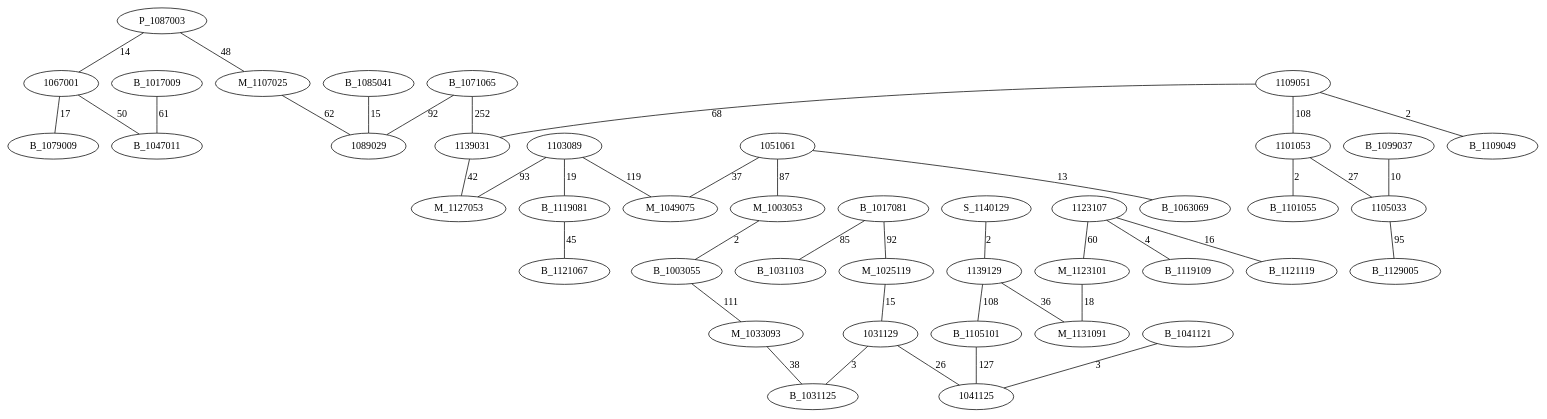
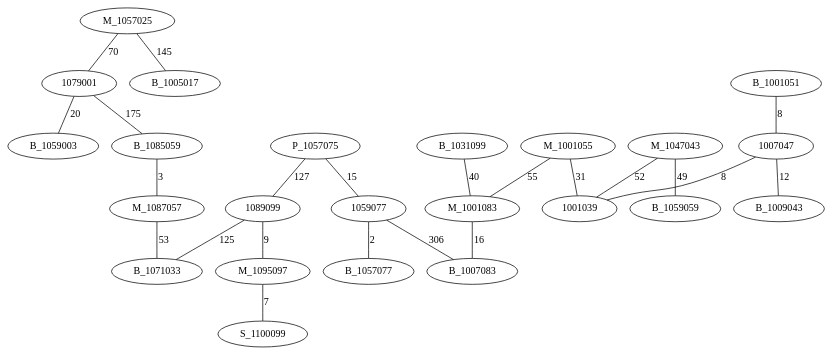
One commit to AsmNoob/Labyrinthe changed the diagram in Graph.dot. Above: the diagram before and after it, drawn with Graphviz. The commit also changed 3 other files, not shown here.

```diff
--- a/Graph.dot
+++ b/Graph.dot
@@ -1,45 +1,26 @@
 graph chemin {
 
-	P_1087003 -- 1067001 [label=14]
-	P_1087003 -- M_1107025 [label=48]
-	1103089 -- B_1119081 [label=19]
-	1103089 -- M_1127053 [label=93]
-	1103089 -- M_1049075 [label=119]
-	B_1071065 -- 1089029 [label=92]
-	B_1071065 -- 1139031 [label=252]
-	1067001 -- B_1079009 [label=17]
-	1067001 -- B_1047011 [label=50]
-	1051061 -- M_1049075 [label=37]
-	1051061 -- M_1003053 [label=87]
-	1051061 -- B_1063069 [label=13]
-	S_1140129 -- 1139129 [label=2]
-	1109051 -- 1139031 [label=68]
-	1109051 -- 1101053 [label=108]
-	1109051 -- B_1109049 [label=2]
-	B_1017081 -- M_1025119 [label=92]
-	B_1017081 -- B_1031103 [label=85]
-	B_1017009 -- B_1047011 [label=61]
-	1123107 -- B_1119109 [label=4]
-	1123107 -- M_1123101 [label=60]
-	1123107 -- B_1121119 [label=16]
-	1139129 -- M_1131091 [label=36]
-	1139129 -- B_1105101 [label=108]
-	M_1123101 -- M_1131091 [label=18]
-	B_1119081 -- B_1121067 [label=45]
-	1139031 -- M_1127053 [label=42]
-	B_1085041 -- 1089029 [label=15]
-	B_1105101 -- 1041125 [label=127]
-	M_1025119 -- 1031129 [label=15]
-	M_1003053 -- B_1003055 [label=2]
-	B_1003055 -- M_1033093 [label=111]
-	1101053 -- 1105033 [label=27]
-	1101053 -- B_1101055 [label=2]
-	M_1107025 -- 1089029 [label=62]
-	M_1033093 -- B_1031125 [label=38]
-	B_1099037 -- 1105033 [label=10]
-	1105033 -- B_1129005 [label=95]
-	1031129 -- B_1031125 [label=3]
-	1031129 -- 1041125 [label=26]
-	B_1041121 -- 1041125 [label=3]
+	P_1057075 -- 1089099 [label=127]
+	P_1057075 -- 1059077 [label=15]
+	B_1031099 -- M_1001083 [label=40]
+	1089099 -- B_1071033 [label=125]
+	1089099 -- M_1095097 [label=9]
+	M_1095097 -- S_1100099 [label=7]
+	M_1047043 -- B_1059059 [label=49]
+	M_1047043 -- 1001039 [label=52]
+	M_1057025 -- 1079001 [label=70]
+	M_1057025 -- B_1005017 [label=145]
+	B_1001051 -- 1007047 [label=8]
+	M_1001055 -- M_1001083 [label=55]
+	M_1001055 -- 1001039 [label=31]
+	1079001 -- B_1085059 [label=175]
+	1079001 -- B_1059003 [label=20]
+	1059077 -- B_1007083 [label=306]
+	1059077 -- B_1057077 [label=2]
+	1007047 -- B_1009043 [label=12]
+	1007047 -- 1001039 [label=8]
+	M_1001083 -- B_1007083 [label=16]
+	B_1085059 -- M_1087057 [label=3]
+	M_1087057 -- B_1071033 [label=53]
 
 }
```
